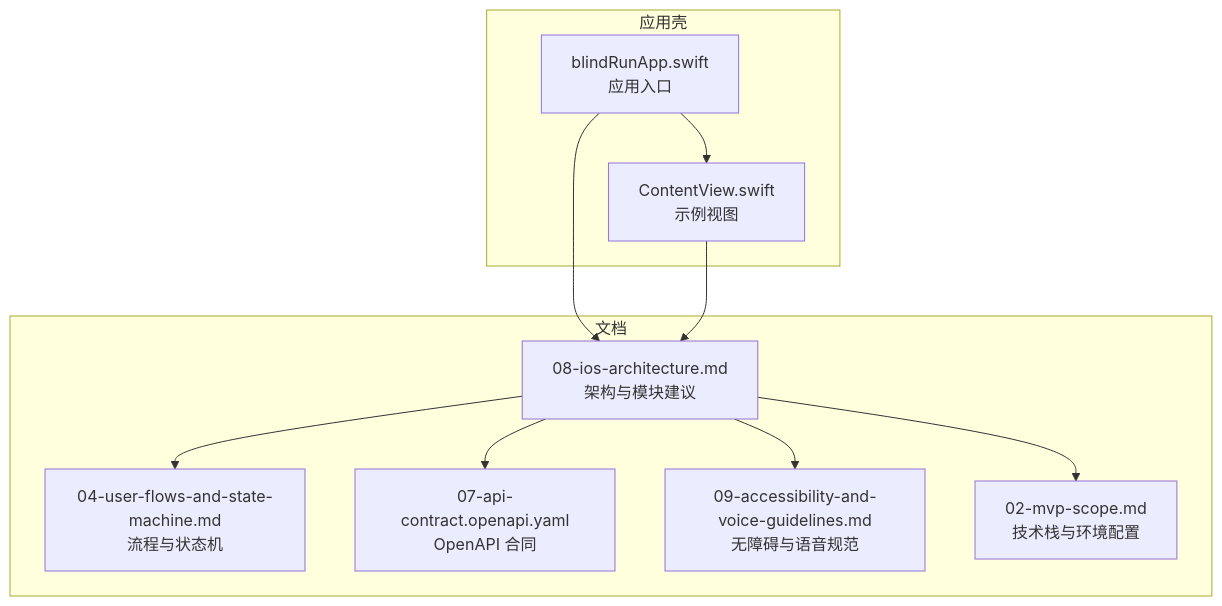
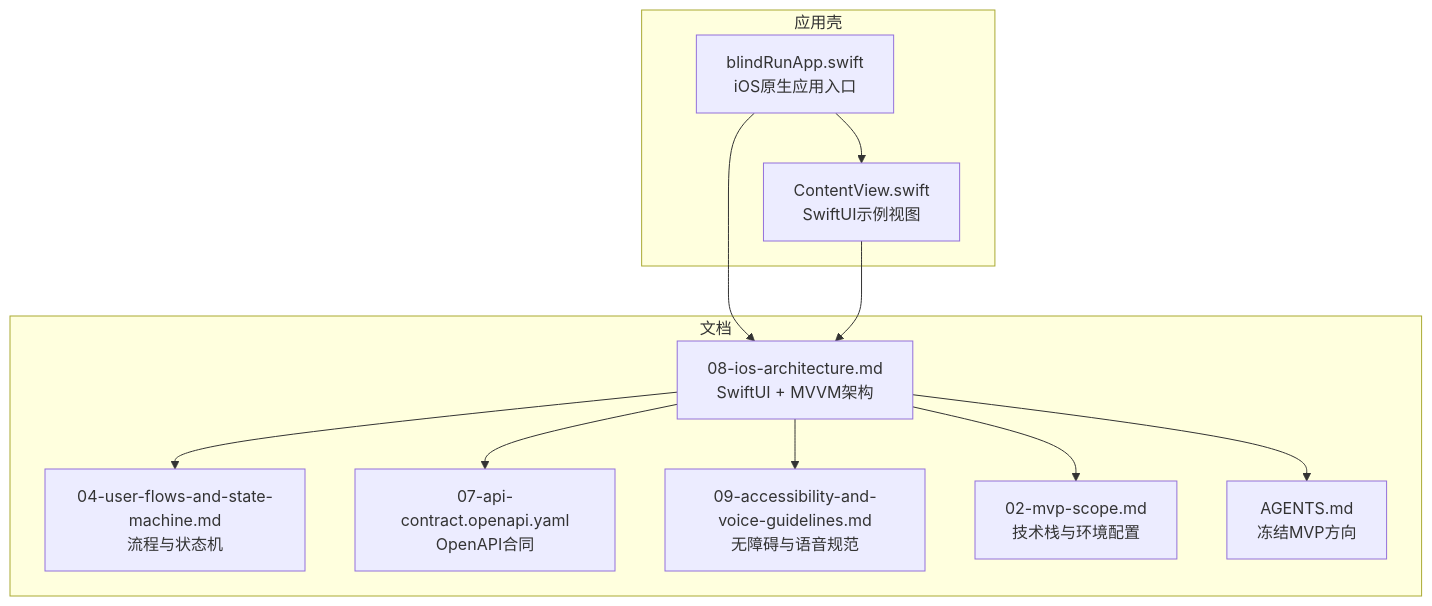
The first of 9 diagrams in .qoder/repowiki/zh/content/架构设计/架构设计.md (Jayden23018/blind-run-ios), drawn with Mermaid before and after one commit. The commit also changed other lines of this file and 10 other files, not shown here.

````diff
--- a/.qoder/repowiki/zh/content/架构设计/架构设计.md
+++ b/.qoder/repowiki/zh/content/架构设计/架构设计.md
@@ -43,21 +55,23 @@
 ```mermaid
 graph TB
 subgraph "应用壳"
-A["blindRunApp.swift<br/>应用入口"]
-B["ContentView.swift<br/>示例视图"]
+A["blindRunApp.swift<br/>iOS原生应用入口"]
+B["ContentView.swift<br/>SwiftUI示例视图"]
 end
 subgraph "文档"
-D["08-ios-architecture.md<br/>架构与模块建议"]
+D["08-ios-architecture.md<br/>SwiftUI + MVVM架构"]
 E["04-user-flows-and-state-machine.md<br/>流程与状态机"]
-F["07-api-contract.openapi.yaml<br/>OpenAPI 合同"]
+F["07-api-contract.openapi.yaml<br/>OpenAPI合同"]
 G["09-accessibility-and-voice-guidelines.md<br/>无障碍与语音规范"]
 H["02-mvp-scope.md<br/>技术栈与环境配置"]
+I["AGENTS.md<br/>冻结MVP方向"]
 end
 A --> B
 A --> D
 B --> D
 D --> E
 D --> F
 D --> G
 D --> H
+D --> I
 ```
````
